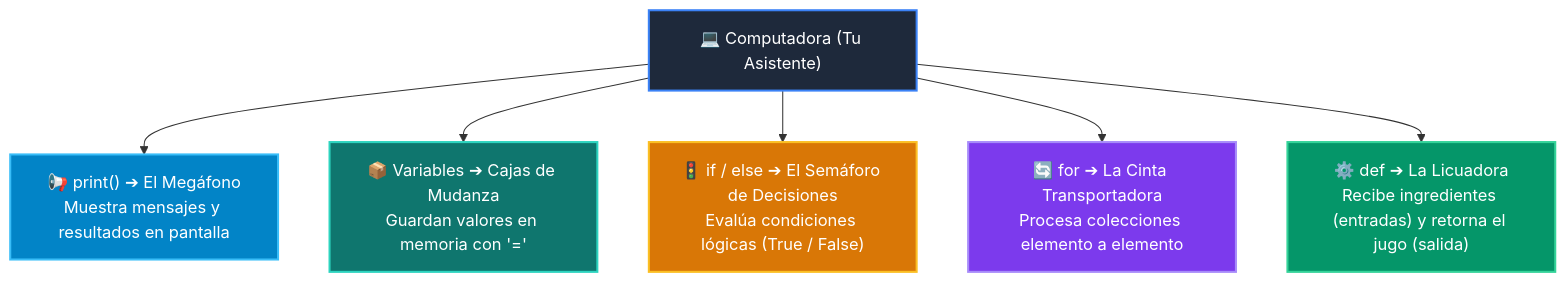
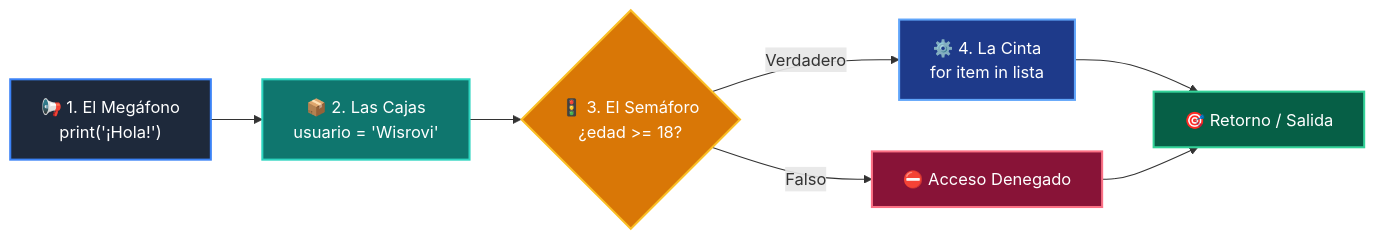
The diagram in docs/curso-01/clase-01.md (wisrovi/wisrovi-python), drawn with Mermaid before and after one commit. The commit also changed other lines of this file and 52 other files, not shown here.

````diff
--- a/docs/curso-01/clase-01.md
+++ b/docs/curso-01/clase-01.md
@@ -38,15 +38,16 @@
 ```mermaid
-flowchart TD
-    COMP["💻 Computadora (Tu Asistente)"] --> P0["📢 print() ➔ El Megáfono<br/>Muestra mensajes y resultados en pantalla"]
-    COMP --> P1["📦 Variables ➔ Cajas de Mudanza<br/>Guardan valores en memoria con '='"]
-    COMP --> P2["🚦 if / else ➔ El Semáforo de Decisiones<br/>Evalúa condiciones lógicas (True / False)"]
-    COMP --> P3["🔄 for ➔ La Cinta Transportadora<br/>Procesa colecciones elemento a elemento"]
-    COMP --> P4["⚙️ def ➔ La Licuadora<br/>Recibe ingredientes (entradas) y retorna el jugo (salida)"]
+flowchart LR
+    A["📢 1. El Megáfono<br/>print('¡Hola!')"] --> B["📦 2. Las Cajas<br/>usuario = 'Wisrovi'"]
+    B --> C{"🚦 3. El Semáforo<br/>¿edad >= 18?"}
+    C -->|Verdadero| D["⚙️ 4. La Cinta<br/>for item in lista"]
+    C -->|Falso| E["⛔ Acceso Denegado"]
+    D --> F["🎯 Retorno / Salida"]
+    E --> F
 
-    style COMP fill:#1e293b,color:#ffffff,stroke:#3b82f6,stroke-width:2px
-    style P0 fill:#0284c7,color:#ffffff,stroke:#38bdf8,stroke-width:2px
-    style P1 fill:#0f766e,color:#ffffff,stroke:#2dd4bf,stroke-width:2px
-    style P2 fill:#d97706,color:#ffffff,stroke:#fbbf24,stroke-width:2px
-    style P3 fill:#7c3aed,color:#ffffff,stroke:#a78bfa,stroke-width:2px
-    style P4 fill:#059669,color:#ffffff,stroke:#34d399,stroke-width:2px
+    style A fill:#1e293b,color:#ffffff,stroke:#3b82f6,stroke-width:2px
+    style B fill:#0f766e,color:#ffffff,stroke:#2dd4bf,stroke-width:2px
+    style C fill:#d97706,color:#ffffff,stroke:#fbbf24,stroke-width:2px
+    style D fill:#1e3a8a,color:#ffffff,stroke:#60a5fa,stroke-width:2px
+    style E fill:#881337,color:#ffffff,stroke:#fb7185,stroke-width:2px
+    style F fill:#065f46,color:#ffffff,stroke:#34d399,stroke-width:2px
 ```
````
